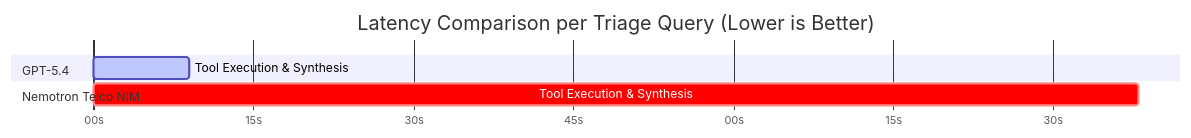
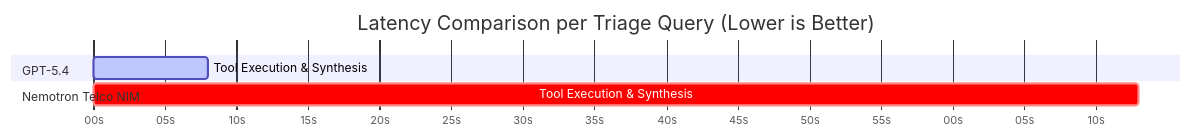
One commit to m2varvan/telco-agent changed the diagram in EVALUATION_REPORT.md. Above: the diagram before and after it, drawn with Mermaid. The commit also changed other lines of this file, not shown here.

````diff
--- a/EVALUATION_REPORT.md
+++ b/EVALUATION_REPORT.md
@@ -28,10 +28,10 @@
 ```mermaid
 gantt
     title Latency Comparison per Triage Query (Lower is Better)
     dateFormat  s
     axisFormat %Ss
     section GPT-5.4
-    Tool Execution & Synthesis  :active, 0, 9s
+    Tool Execution & Synthesis  :active, 0, 8s
     section Nemotron Telco NIM
-    Tool Execution & Synthesis  :crit, 0, 98s
+    Tool Execution & Synthesis  :crit, 0, 73s
 ```
````
